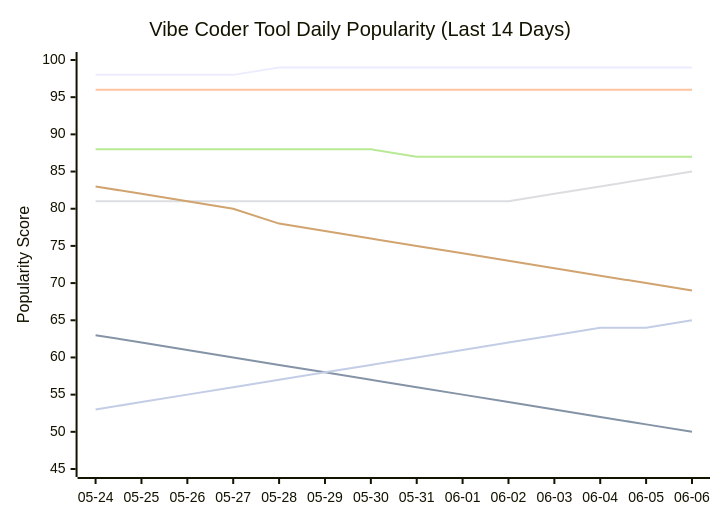
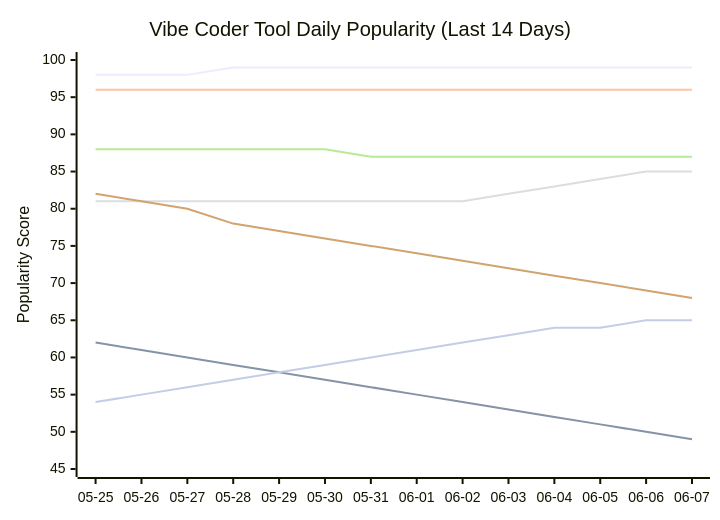
Before and after one commit to tykimos/ai-whatchelin: the seventh of 11 diagrams in README.md, drawn with Mermaid. The commit also changed other lines of this file and 4 other files, not shown here.

````diff
--- a/README.md
+++ b/README.md
@@ -1439,13 +1445,13 @@
 ```mermaid
 xychart-beta
     title "Vibe Coder Tool Daily Popularity (Last 14 Days)"
-    x-axis ["05-24", "05-25", "05-26", "05-27", "05-28", "05-29", "05-30", "05-31", "06-01", "06-02", "06-03", "06-04", "06-05", "06-06"]
+    x-axis ["05-25", "05-26", "05-27", "05-28", "05-29", "05-30", "05-31", "06-01", "06-02", "06-03", "06-04", "06-05", "06-06", "06-07"]
     y-axis "Popularity Score" 45 --> 100
-    line "Claude Code" [98, 98, 98, 98, 99, 99, 99, 99, 99, 99, 99, 99, 99, 99]
-    line "GH Copilot" [63, 62, 61, 60, 59, 58, 57, 56, 55, 54, 53, 52, 51, 50]
+    line "Claude Code" [98, 98, 98, 99, 99, 99, 99, 99, 99, 99, 99, 99, 99, 99]
+    line "GH Copilot" [62, 61, 60, 59, 58, 57, 56, 55, 54, 53, 52, 51, 50, 49]
     line "Cursor" [96, 96, 96, 96, 96, 96, 96, 96, 96, 96, 96, 96, 96, 96]
-    line "Windsurf" [81, 81, 81, 81, 81, 81, 81, 81, 81, 81, 82, 83, 84, 85]
-    line "Codex CLI" [88, 88, 88, 88, 88, 88, 88, 87, 87, 87, 87, 87, 87, 87]
-    line "Gemini CLI" [83, 82, 81, 80, 78, 77, 76, 75, 74, 73, 72, 71, 70, 69]
-    line "Antigravity" [53, 54, 55, 56, 57, 58, 59, 60, 61, 62, 63, 64, 64, 65]
+    line "Windsurf" [81, 81, 81, 81, 81, 81, 81, 81, 81, 82, 83, 84, 85, 85]
+    line "Codex CLI" [88, 88, 88, 88, 88, 88, 87, 87, 87, 87, 87, 87, 87, 87]
+    line "Gemini CLI" [82, 81, 80, 78, 77, 76, 75, 74, 73, 72, 71, 70, 69, 68]
+    line "Antigravity" [54, 55, 56, 57, 58, 59, 60, 61, 62, 63, 64, 64, 65, 65]
 ```
````
